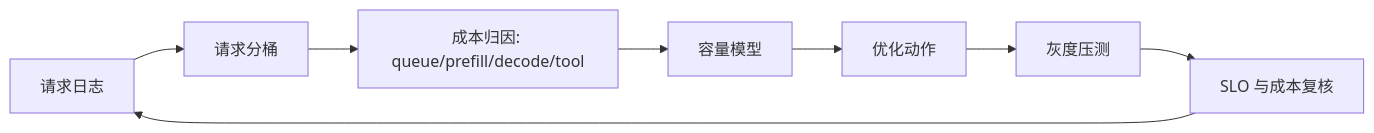
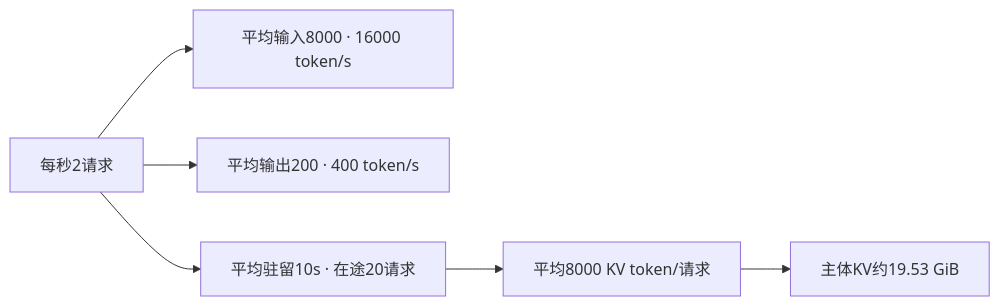
The diagram in files/inference/optimization-checklist-and-capacity-planning.md (Charles2530/Charles-AI-notes), drawn with Mermaid before and after one commit. The commit also changed other lines of this file and 954 other files, not shown here.

````diff
--- a/files/inference/optimization-checklist-and-capacity-planning.md
+++ b/files/inference/optimization-checklist-and-capacity-planning.md
@@ -81,10 +12,7 @@
 ```mermaid
 flowchart LR
-    A["请求日志"] --> B["请求分桶"]
-    B --> C["成本归因: queue/prefill/decode/tool"]
-    C --> D["容量模型"]
-    D --> E["优化动作"]
-    E --> F["灰度压测"]
-    F --> G["SLO 与成本复核"]
-    G --> A
+  A["每秒2请求"] --> I["平均输入8000 · 16000 token/s"]
+  A --> O["平均输出200 · 400 token/s"]
+  A --> L["平均驻留10s · 在途20请求"]
+  L --> K["平均8000 KV token/请求"] --> M["主体KV约19.53 GiB"]
 ```
````
